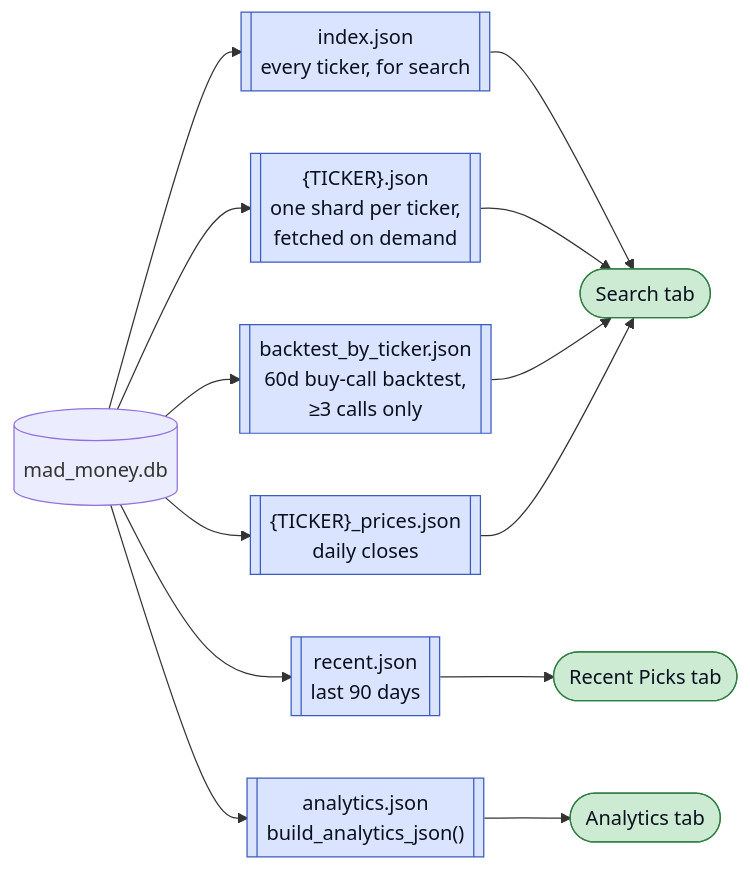
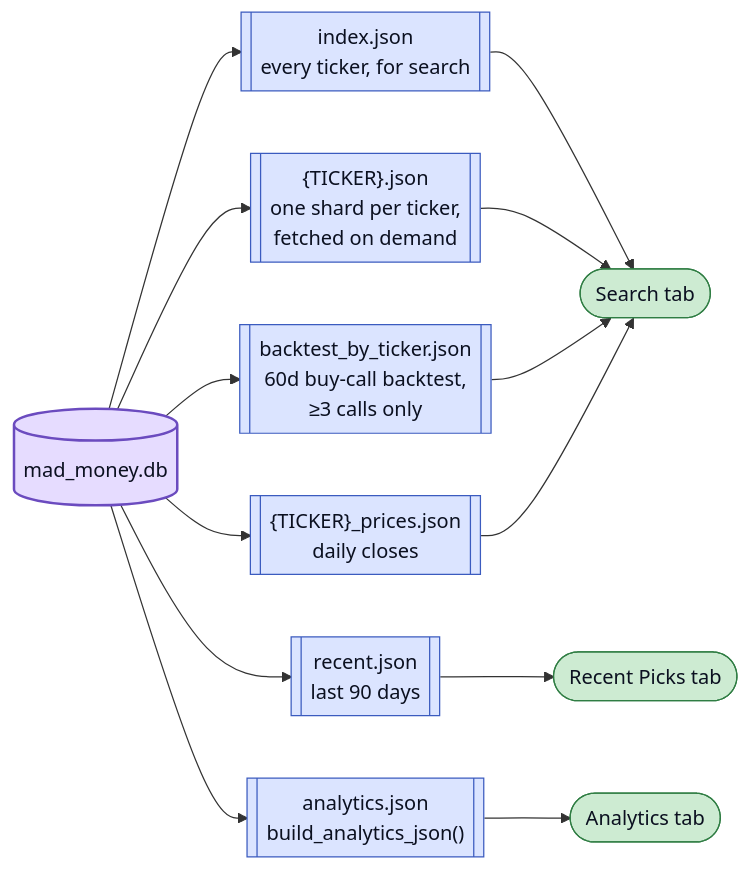
Before and after one commit to jf-silverman/yt-words: the second of 3 diagrams in notes/data-flow.md, drawn with Mermaid. The commit also changed other lines of this file, not shown here.

First line of the commit message:
data-flow: style every node so nothing inherits the dark theme

````diff
--- a/notes/data-flow.md
+++ b/notes/data-flow.md
@@ -87,21 +96,24 @@
 ```mermaid
 flowchart LR
     DB[("mad_money.db")] --> IDX[["index.json<br/>every ticker, for search"]]
     DB --> SH[["{TICKER}.json<br/>one shard per ticker,<br/>fetched on demand"]]
     DB --> REC[["recent.json<br/>last 90 days"]]
     DB --> ANLY[["analytics.json<br/>build_analytics_json()"]]
     DB --> BT[["backtest_by_ticker.json<br/>60d buy-call backtest,<br/>&ge;3 calls only"]]
     DB --> PR[["{TICKER}_prices.json<br/>daily closes"]]
 
     IDX --> TAB1(["Search tab"])
     SH --> TAB1
     BT --> TAB1
     PR --> TAB1
     REC --> TAB2(["Recent Picks tab"])
     ANLY --> TAB3(["Analytics tab"])
 
-    classDef store fill:#dbe4ff,stroke:#3b5bbf,stroke-width:1px,color:#0b1020
-    classDef out   fill:#cdebd2,stroke:#2f7d43,stroke-width:1px,color:#0b1020
+    classDef default fill:#f4f5f8,stroke:#6b7280,stroke-width:1px,color:#0b1020
+    classDef store   fill:#dbe4ff,stroke:#3b5bbf,stroke-width:1px,color:#0b1020
+    classDef out     fill:#cdebd2,stroke:#2f7d43,stroke-width:1px,color:#0b1020
+    classDef store_db fill:#e6dcff,stroke:#6b4bbf,stroke-width:2px,color:#0b1020
     class IDX,SH,REC,ANLY,BT,PR store
     class TAB1,TAB2,TAB3 out
+    class DB store_db
 ```
````
